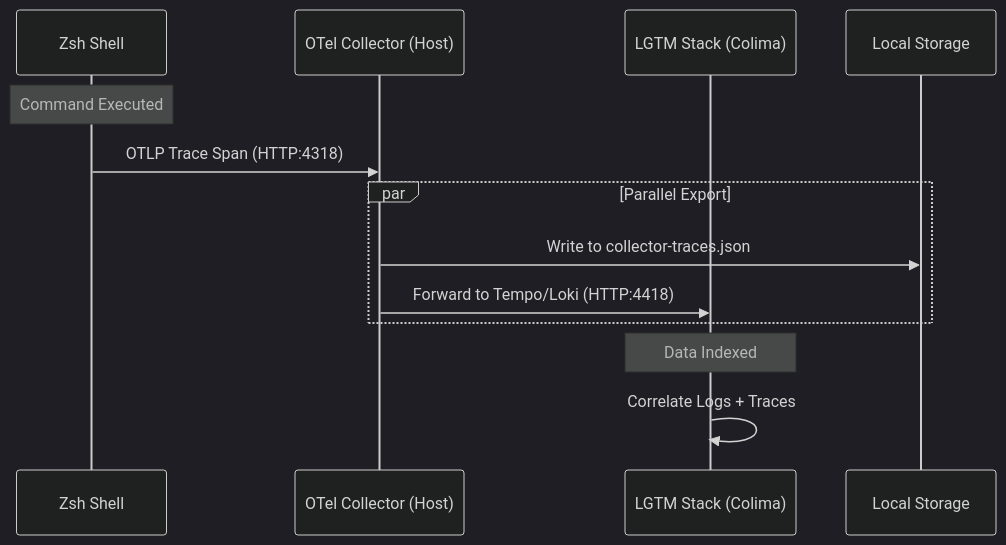
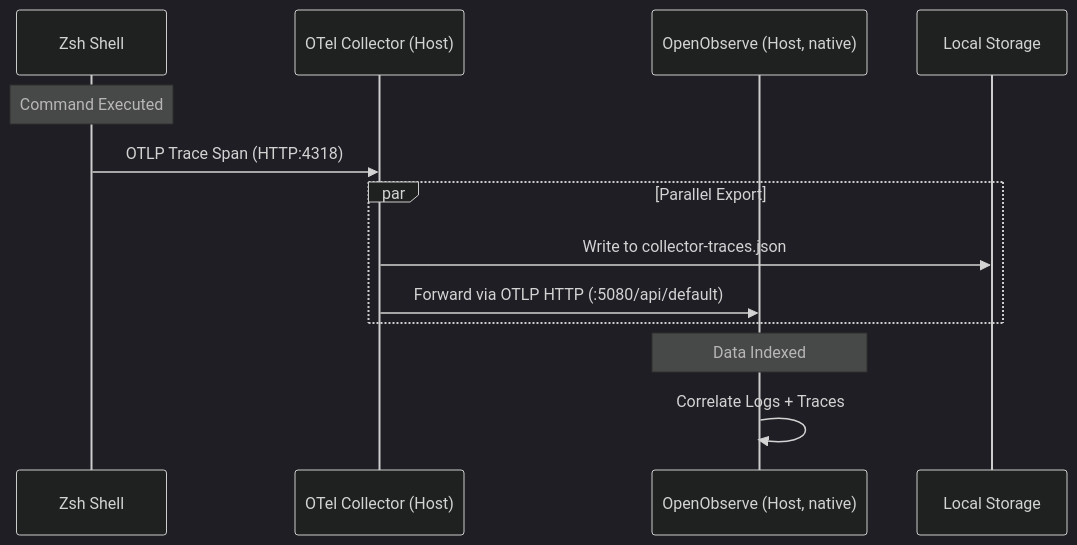
The second of 4 diagrams in README.md (just3ws/zdots), drawn with Mermaid (dark theme) before and after one commit. The commit also changed other lines of this file and 20 other files, not shown here.

First line of the commit message:
docs(obs): Phase 6 — docs + doctor sweep for OpenObserve (Z-134)

````diff
--- a/README.md
+++ b/README.md
@@ -102,18 +99,18 @@
 ```mermaid
 sequenceDiagram
     participant Shell as Zsh Shell
     participant Collector as OTel Collector (Host)
-    participant LGTM as LGTM Stack (Colima)
+    participant O2 as OpenObserve (Host, native)
     participant Disk as Local Storage
 
     Note over Shell: Command Executed
     Shell->>Collector: OTLP Trace Span (HTTP:4318)
     
     par Parallel Export
         Collector->>Disk: Write to collector-traces.json
-        Collector->>LGTM: Forward to Tempo/Loki (HTTP:4418)
+        Collector->>O2: Forward via OTLP HTTP (:5080/api/default)
     end
 
-    Note over LGTM: Data Indexed
-    LGTM->>LGTM: Correlate Logs + Traces
+    Note over O2: Data Indexed
+    O2->>O2: Correlate Logs + Traces
 ```
````
